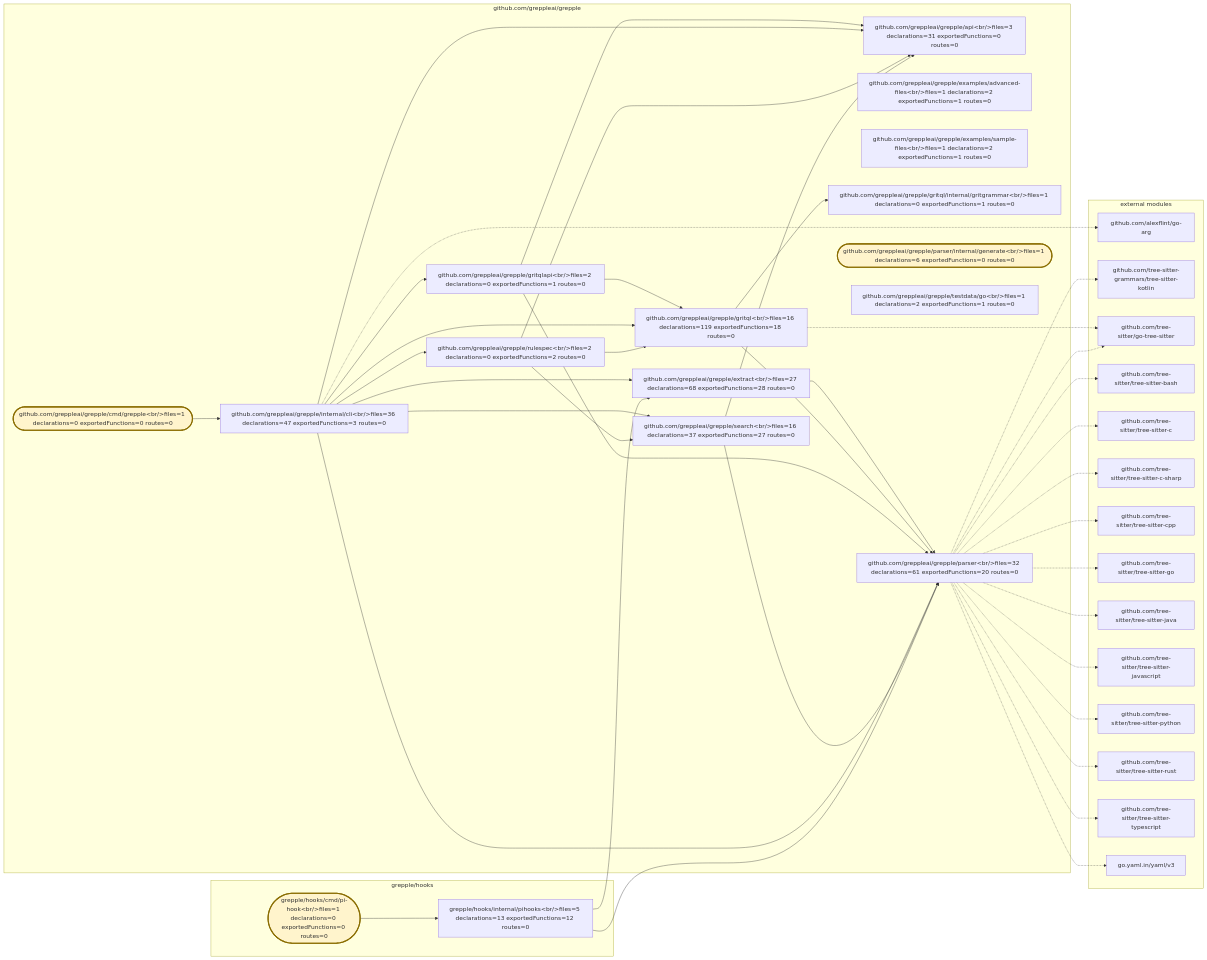
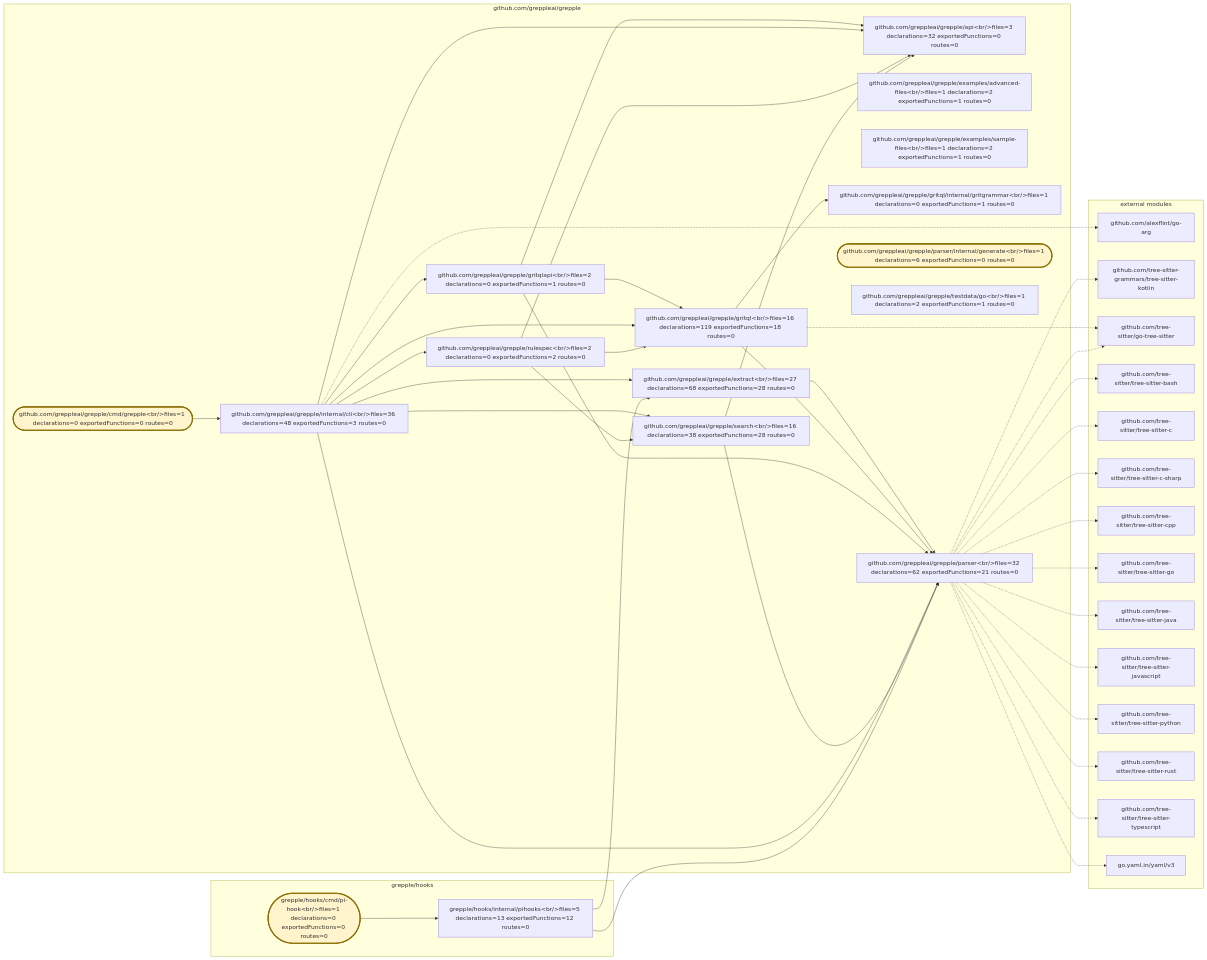
One commit to greppleai/grepple changed the diagram in .grepple/project.workspace/overview.mmd. Above: the diagram before and after it, drawn with Mermaid. The commit also changed 38 other files, not shown here.

```diff
--- a/.grepple/project.workspace/overview.mmd
+++ b/.grepple/project.workspace/overview.mmd
@@ -1,78 +1,78 @@
 flowchart LR
     classDef entrypoint fill:#fff4cc,stroke:#8a6d00,stroke-width:3px
     subgraph module_0["github.com/greppleai/grepple"]
-        package_0["github.com/greppleai/grepple/api&lt;br/&gt;files=3 declarations=31 exportedFunctions=0 routes=0"]
+        package_0["github.com/greppleai/grepple/api&lt;br/&gt;files=3 declarations=32 exportedFunctions=0 routes=0"]
         package_1(["github.com/greppleai/grepple/cmd/grepple&lt;br/&gt;files=1 declarations=0 exportedFunctions=0 routes=0"])
         class package_1 entrypoint
         package_2["github.com/greppleai/grepple/examples/advanced-files&lt;br/&gt;files=1 declarations=2 exportedFunctions=1 routes=0"]
         package_3["github.com/greppleai/grepple/examples/sample-files&lt;br/&gt;files=1 declarations=2 exportedFunctions=1 routes=0"]
         package_4["github.com/greppleai/grepple/extract&lt;br/&gt;files=27 declarations=68 exportedFunctions=28 routes=0"]
         package_5["github.com/greppleai/grepple/gritql&lt;br/&gt;files=16 declarations=119 exportedFunctions=18 routes=0"]
         package_6["github.com/greppleai/grepple/gritql/internal/gritgrammar&lt;br/&gt;files=1 declarations=0 exportedFunctions=1 routes=0"]
         package_7["github.com/greppleai/grepple/gritqlapi&lt;br/&gt;files=2 declarations=0 exportedFunctions=1 routes=0"]
-        package_8["github.com/greppleai/grepple/internal/cli&lt;br/&gt;files=36 declarations=47 exportedFunctions=3 routes=0"]
-        package_9["github.com/greppleai/grepple/parser&lt;br/&gt;files=32 declarations=61 exportedFunctions=20 routes=0"]
+        package_8["github.com/greppleai/grepple/internal/cli&lt;br/&gt;files=36 declarations=48 exportedFunctions=3 routes=0"]
+        package_9["github.com/greppleai/grepple/parser&lt;br/&gt;files=32 declarations=62 exportedFunctions=21 routes=0"]
         package_10(["github.com/greppleai/grepple/parser/internal/generate&lt;br/&gt;files=1 declarations=6 exportedFunctions=0 routes=0"])
         class package_10 entrypoint
         package_11["github.com/greppleai/grepple/rulespec&lt;br/&gt;files=2 declarations=0 exportedFunctions=2 routes=0"]
-        package_12["github.com/greppleai/grepple/search&lt;br/&gt;files=16 declarations=37 exportedFunctions=27 routes=0"]
+        package_12["github.com/greppleai/grepple/search&lt;br/&gt;files=16 declarations=38 exportedFunctions=28 routes=0"]
         package_13["github.com/greppleai/grepple/testdata/go&lt;br/&gt;files=1 declarations=2 exportedFunctions=1 routes=0"]
     end
     subgraph module_1["grepple/hooks"]
         package_14(["grepple/hooks/cmd/pi-hook&lt;br/&gt;files=1 declarations=0 exportedFunctions=0 routes=0"])
         class package_14 entrypoint
         package_15["grepple/hooks/internal/pihooks&lt;br/&gt;files=5 declarations=13 exportedFunctions=12 routes=0"]
     end
     package_1 --> package_8
     package_4 --> package_9
     package_5 --> package_6
     package_5 --> package_9
     package_7 --> package_0
     package_7 --> package_5
     package_7 --> package_9
     package_8 --> package_0
     package_8 --> package_4
     package_8 --> package_5
     package_8 --> package_7
     package_8 --> package_9
     package_8 --> package_11
     package_8 --> package_12
     package_11 --> package_0
     package_11 --> package_5
     package_11 --> package_12
     package_12 --> package_0
     package_12 --> package_9
     package_14 --> package_15
     package_15 --> package_4
     package_15 --> package_9
     subgraph external_dependencies["external modules"]
         external_0["github.com/alexflint/go-arg"]
         external_1["github.com/tree-sitter-grammars/tree-sitter-kotlin"]
         external_2["github.com/tree-sitter/go-tree-sitter"]
         external_3["github.com/tree-sitter/tree-sitter-bash"]
         external_4["github.com/tree-sitter/tree-sitter-c"]
         external_5["github.com/tree-sitter/tree-sitter-c-sharp"]
         external_6["github.com/tree-sitter/tree-sitter-cpp"]
         external_7["github.com/tree-sitter/tree-sitter-go"]
         external_8["github.com/tree-sitter/tree-sitter-java"]
         external_9["github.com/tree-sitter/tree-sitter-javascript"]
         external_10["github.com/tree-sitter/tree-sitter-python"]
         external_11["github.com/tree-sitter/tree-sitter-rust"]
         external_12["github.com/tree-sitter/tree-sitter-typescript"]
         external_13["go.yaml.in/yaml/v3"]
     end
     package_8 -.-> external_0
     package_9 -.-> external_1
     package_5 -.-> external_2
     package_9 -.-> external_2
     package_9 -.-> external_3
     package_9 -.-> external_4
     package_9 -.-> external_5
     package_9 -.-> external_6
     package_9 -.-> external_7
     package_9 -.-> external_8
     package_9 -.-> external_9
     package_9 -.-> external_10
     package_9 -.-> external_11
     package_9 -.-> external_12
     package_9 -.-> external_13
```
